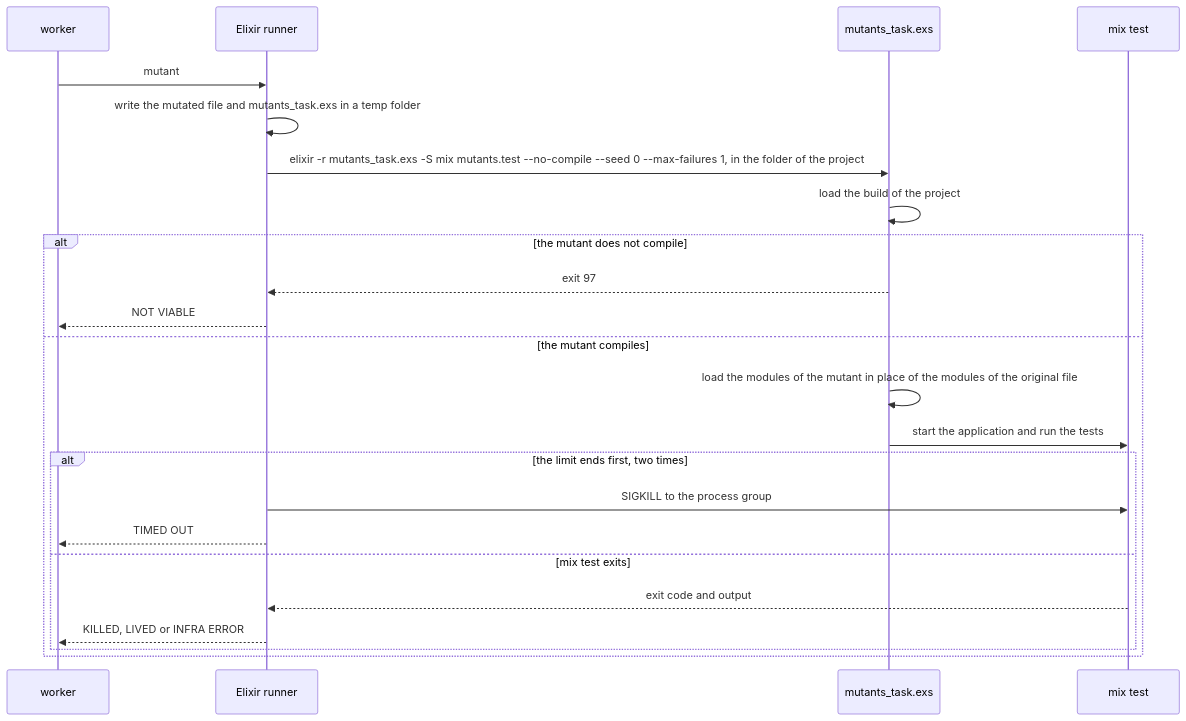
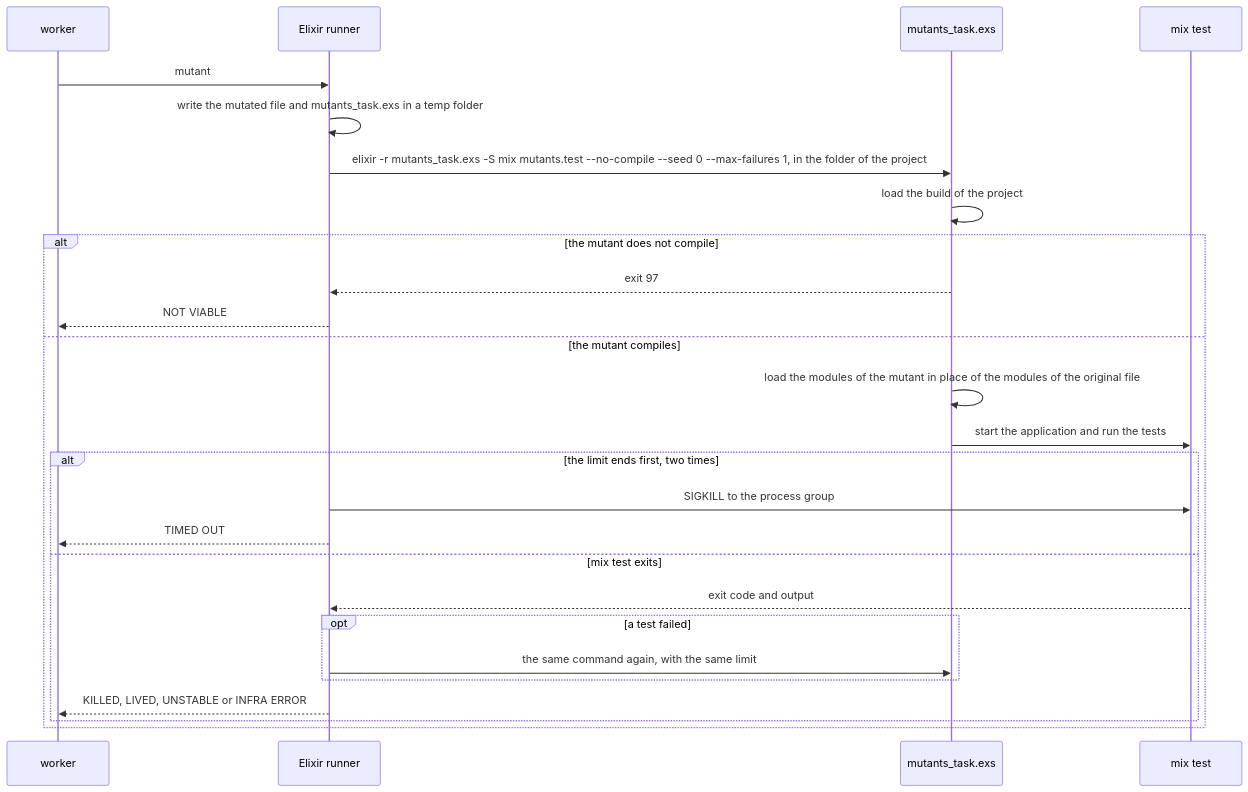
One commit to hpcsc/mutants changed the fifth of 7 diagrams in docs/design.md. Above: the diagram before and after it, drawn with Mermaid. The commit also changed other lines of this file and 19 other files, not shown here.

First line of the commit message:
Run the tests again after a kill, and call a kill that does not repeat UNSTABLE

````diff
--- a/docs/design.md
+++ b/docs/design.md
@@ -632,25 +638,28 @@
 ```mermaid
 sequenceDiagram
     participant W as worker
     participant R as Elixir runner
     participant T as mutants_task.exs
     participant M as mix test
     W->>R: mutant
     R->>R: write the mutated file and mutants_task.exs in a temp folder
     R->>T: elixir -r mutants_task.exs -S mix mutants.test --no-compile --seed 0 --max-failures 1, in the folder of the project
     T->>T: load the build of the project
     alt the mutant does not compile
         T-->>R: exit 97
         R-->>W: NOT VIABLE
     else the mutant compiles
         T->>T: load the modules of the mutant in place of the modules of the original file
         T->>M: start the application and run the tests
         alt the limit ends first, two times
             R->>M: SIGKILL to the process group
             R-->>W: TIMED OUT
         else mix test exits
             M-->>R: exit code and output
-            R-->>W: KILLED, LIVED or INFRA ERROR
+            opt a test failed
+                R->>T: the same command again, with the same limit
+            end
+            R-->>W: KILLED, LIVED, UNSTABLE or INFRA ERROR
         end
     end
 ```
````
